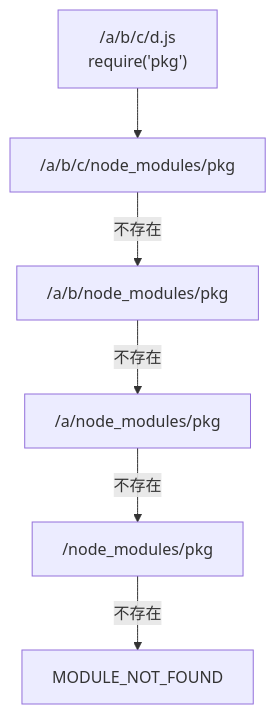
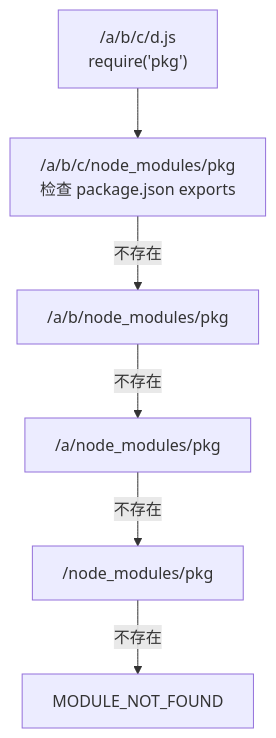
Before and after one commit to AdaMartin18010/JavaScriptTypeScript: the fifth of 5 diagrams in 10-fundamentals/10.4-module-system/code-examples/05-module-resolution.md, drawn with Mermaid. The commit also changed other lines of this file and 217 other files, not shown here.

````diff
--- a/10-fundamentals/10.4-module-system/code-examples/05-module-resolution.md
+++ b/10-fundamentals/10.4-module-system/code-examples/05-module-resolution.md
@@ -455,8 +932,8 @@
 ```mermaid
 graph TD
-    Start["/a/b/c/d.js<br/>require('pkg')"] --> L1["/a/b/c/node_modules/pkg"]
+    Start["/a/b/c/d.js<br/>require('pkg')"] --> L1["/a/b/c/node_modules/pkg<br/>检查 package.json exports"]
     L1 -->|不存在| L2["/a/b/node_modules/pkg"]
     L2 -->|不存在| L3["/a/node_modules/pkg"]
     L3 -->|不存在| L4["/node_modules/pkg"]
     L4 -->|不存在| Error["MODULE_NOT_FOUND"]
 ```
````
